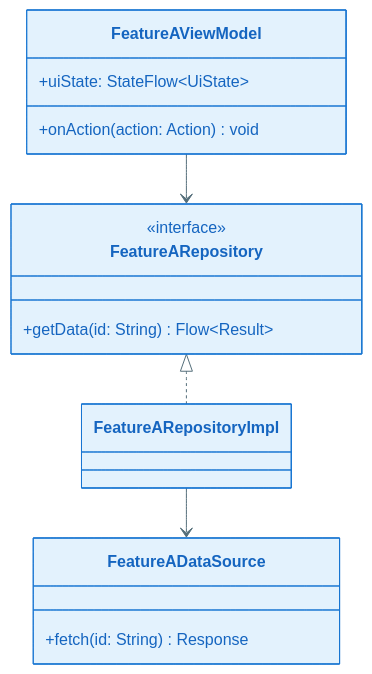
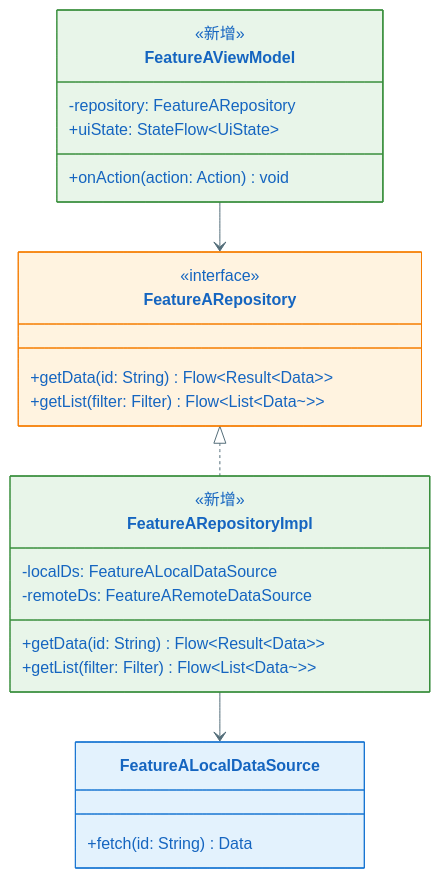
Before and after one commit to jackykarma/Verity: the second of 3 diagrams in .specify/templates/key-diagram-template.md, drawn with Mermaid. The commit also changed other lines of this file and 2 other files, not shown here.

First line of the commit message:
📝 docs(epicdesign): 优化 key-diagram 定位描述与类图变更标识规范

````diff
--- a/.specify/templates/key-diagram-template.md
+++ b/.specify/templates/key-diagram-template.md
@@ -80,19 +89,34 @@
 ```mermaid
 %%{init: {'theme': 'base', 'themeVariables': { 'primaryColor': '#E3F2FD', 'primaryTextColor': '#1565C0', 'primaryBorderColor': '#1976D2', 'lineColor': '#546E7A'}}}%%
 classDiagram
   direction TB
   class FeatureAViewModel {
+    <<新增>>
+    -repository: FeatureARepository
     +uiState: StateFlow~UiState~
     +onAction(action: Action) void
   }
   class FeatureARepository {
     <<interface>>
-    +getData(id: String) Flow~Result~
+    <<修改>>
+    +getData(id: String) Flow~Result~Data~~
+    +getList(filter: Filter) Flow~List~Data~~~
   }
-  class FeatureADataSource {
-    +fetch(id: String) Response
+  class FeatureARepositoryImpl {
+    <<新增>>
+    -localDs: FeatureALocalDataSource
+    -remoteDs: FeatureARemoteDataSource
+    +getData(id: String) Flow~Result~Data~~
+    +getList(filter: Filter) Flow~List~Data~~~
+  }
+  class FeatureALocalDataSource {
+    +fetch(id: String) Data
   }
   FeatureAViewModel --> FeatureARepository
   FeatureARepository <|.. FeatureARepositoryImpl
-  FeatureARepositoryImpl --> FeatureADataSource
+  FeatureARepositoryImpl --> FeatureALocalDataSource
+
+  style FeatureAViewModel fill:#E8F5E9,stroke:#388E3C
+  style FeatureARepository fill:#FFF3E0,stroke:#F57C00
+  style FeatureARepositoryImpl fill:#E8F5E9,stroke:#388E3C
 ```
````
